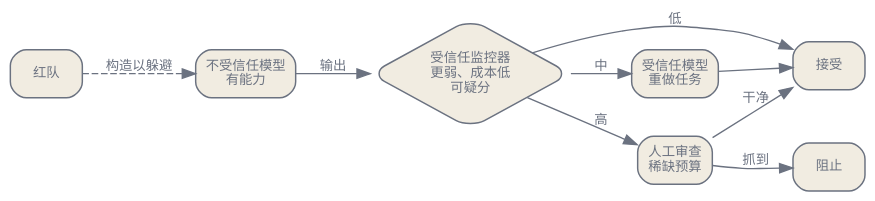
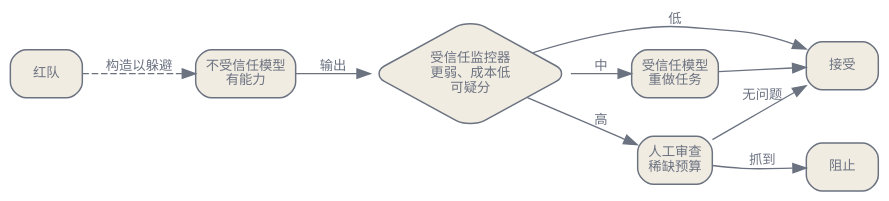
Before and after one commit to latere-ai/ai-as-an-infrastructure: the third of 3 diagrams in zh/safety/02-scalable-oversight-control.qmd, drawn with Graphviz. The commit also changed other lines of this file and 8 other files, not shown here.

````diff
--- a/zh/safety/02-scalable-oversight-control.qmd
+++ b/zh/safety/02-scalable-oversight-control.qmd
@@ -133,28 +133,28 @@
 ```{dot}
 //| label: fig-oversight-control-protocol
-//| fig-cap: "把控制协议看作一个制度。有能力的不受信任模型被红队构造成躲避检测，更弱的受信任模型既做监控又做替换，一笔稀缺的人工预算抓住幸存下来的。参照 Greenblatt 等（2024）。"
+//| fig-cap: "把控制协议看作一个制度。有能力的不受信任模型被红队构造成躲避检测，更弱的受信任模型既做监控又做替换，一笔稀缺的人工预算处理剩下的高风险样本。参照 Greenblatt 等（2024）。"
 digraph {
   bgcolor="transparent";
   rankdir=LR;
   nodesep=0.4; ranksep=0.5;
   node [shape=box, style="rounded,filled", fontname="Helvetica", fontsize=10, color="#6b7280", fontcolor="#6b7280", fillcolor="#f1ece1", penwidth=1.1];
   edge [fontsize=10, fontname="Helvetica", color="#6b7280", fontcolor="#6b7280"];
 
   R [label="红队"];
   U [label="不受信任模型\n有能力"];
   M [label="受信任监控器\n更弱、成本低\n可疑分", shape=diamond];
   ACC [label="接受"];
   T [label="受信任模型\n重做任务"];
   H [label="人工审查\n稀缺预算"];
   BLK [label="阻止"];
 
   R -> U [label="构造以躲避", style=dashed];
   U -> M [label="输出"];
   M -> ACC [label="低"];
   M -> T [label="中"];
   M -> H [label="高"];
   T -> ACC;
   H -> BLK [label="抓到"];
-  H -> ACC [label="干净"];
+  H -> ACC [label="无问题"];
 }
 ```
````
